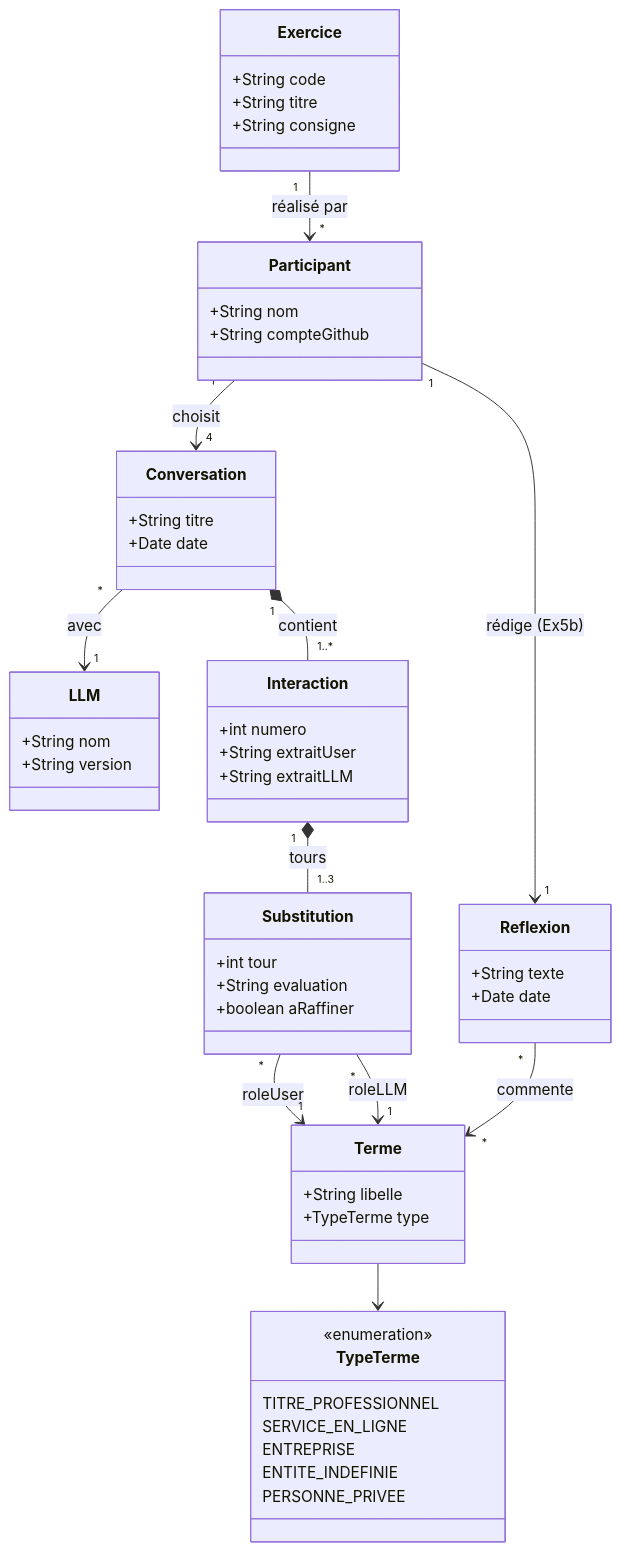
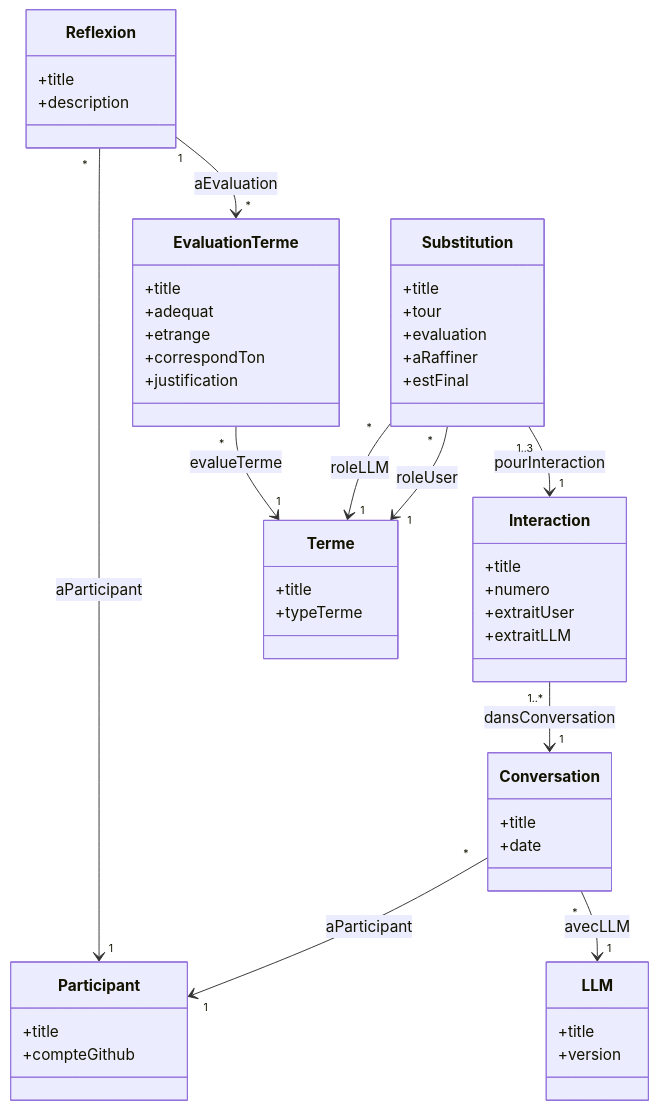
The diagram in diagram_class.md (lakabhakima45-cmd/ArtificialInquiries_5), drawn with Mermaid before and after one commit. The commit also changed other lines of this file and 12 other files, not shown here.

````diff
--- a/diagram_class.md
+++ b/diagram_class.md
@@ -3,65 +5,60 @@
 ```mermaid
 classDiagram
-    class Exercice {
-        +String code
-        +String titre
-        +String consigne
-    }
-
     class Participant {
-        +String nom
-        +String compteGithub
+        +title
+        +compteGithub
     }
 
     class LLM {
-        +String nom
-        +String version
+        +title
+        +version
     }
 
     class Conversation {
-        +String titre
-        +Date date
+        +title
+        +date
     }
 
     class Interaction {
-        +int numero
-        +String extraitUser
-        +String extraitLLM
+        +title
+        +numero
+        +extraitUser
+        +extraitLLM
     }
 
     class Substitution {
-        +int tour
-        +String evaluation
-        +boolean aRaffiner
+        +title
+        +tour
+        +evaluation
+        +aRaffiner
+        +estFinal
     }
 
     class Terme {
-        +String libelle
-        +TypeTerme type
+        +title
+        +typeTerme
     }
 
-    class TypeTerme {
-        <<enumeration>>
-        TITRE_PROFESSIONNEL
-        SERVICE_EN_LIGNE
-        ENTREPRISE
-        ENTITE_INDEFINIE
-        PERSONNE_PRIVEE
+    class EvaluationTerme {
+        +title
+        +adequat
+        +etrange
+        +correspondTon
+        +justification
     }
 
     class Reflexion {
-        +String texte
-        +Date date
+        +title
+        +description
     }
 
-    Exercice "1" --> "*" Participant : réalisé par
-    Participant "1" --> "4" Conversation : choisit
-    Conversation "*" --> "1" LLM : avec
-    Conversation "1" *-- "1..*" Interaction : contient
-    Interaction "1" *-- "1..3" Substitution : tours
+    Conversation "*" --> "1" Participant : aParticipant
+    Conversation "*" --> "1" LLM : avecLLM
+    Interaction "1..*" --> "1" Conversation : dansConversation
+    Substitution "1..3" --> "1" Interaction : pourInteraction
     Substitution "*" --> "1" Terme : roleUser
     Substitution "*" --> "1" Terme : roleLLM
-    Terme --> TypeTerme
-    Participant "1" --> "1" Reflexion : rédige (Ex5b)
-    Reflexion "*" --> "*" Terme : commente
+    EvaluationTerme "*" --> "1" Terme : evalueTerme
+    Reflexion "*" --> "1" Participant : aParticipant
+    Reflexion "1" --> "*" EvaluationTerme : aEvaluation
 ```
````
